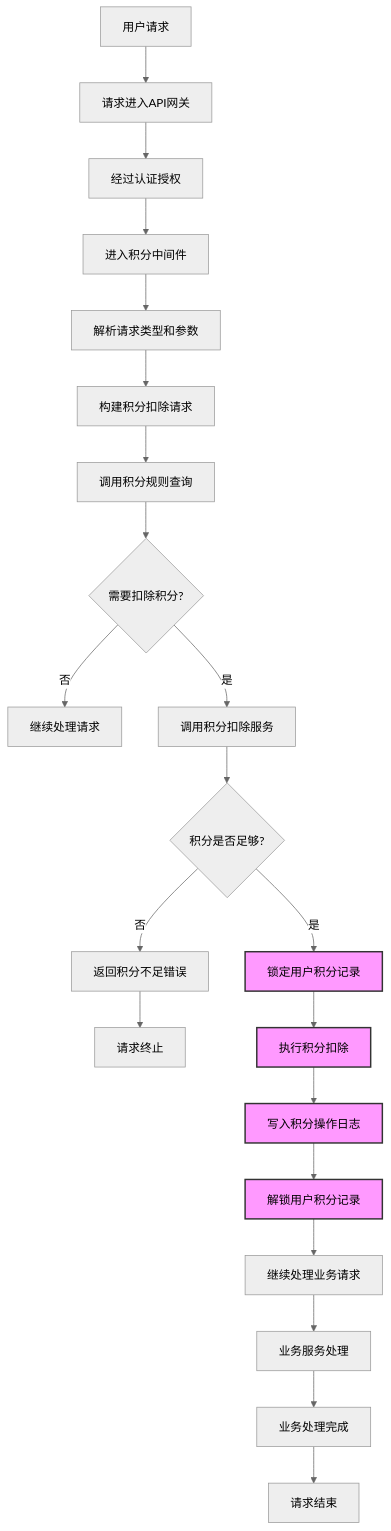
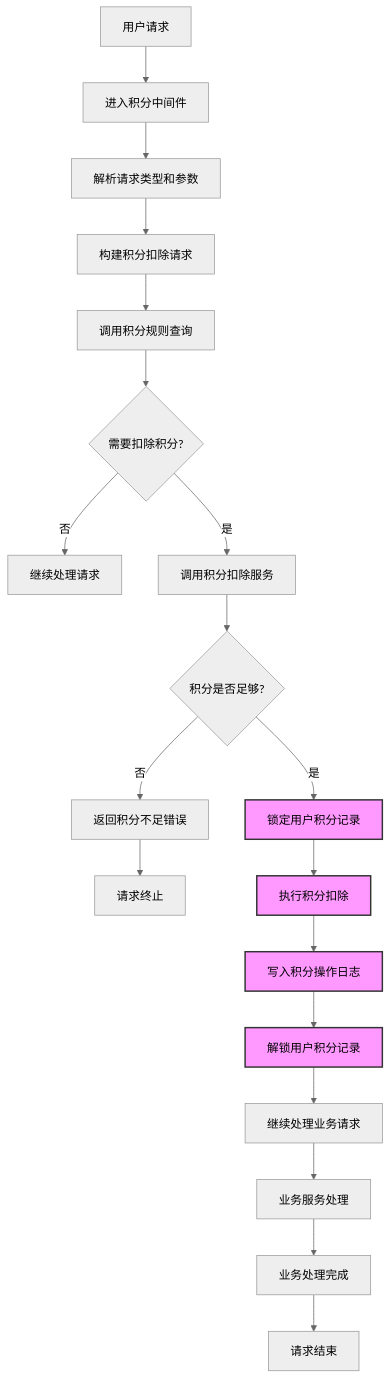
One commit to yingjianzh/iodraw-files changed the diagram in all/未命名-65.md. Above: the diagram before and after it, drawn with Mermaid (neutral theme).

Commit message:
2025-05-22 15:37:08 update

````diff
--- a/all/未命名-65.md
+++ b/all/未命名-65.md
@@ -1,34 +1,32 @@
 ```mermaid
 flowchart TD
-    A[用户请求] --> B[请求进入API网关]
-    B --> C[经过认证授权]
-    C --> D[进入积分中间件]
+    A[用户请求] --> D[进入积分中间件]
     
     D --> E[解析请求类型和参数]
     E --> F[构建积分扣除请求]
     F --> G[调用积分规则查询]
     
     G --> H{需要扣除积分?}
     H -->|否| I[继续处理请求]
     
     H -->|是| J[调用积分扣除服务]
     J --> K{积分是否足够?}
     
     K -->|否| L[返回积分不足错误]
     L --> M[请求终止]
     
     K -->|是| N[锁定用户积分记录]
     N --> O[执行积分扣除]
     O --> P[写入积分操作日志]
     P --> Q[解锁用户积分记录]
     
     Q --> R[继续处理业务请求]
     R --> S[业务服务处理]
     S --> T[业务处理完成]
     T --> U[请求结束]
     
     style N fill:#f9f,stroke:#333,stroke-width:2px
     style O fill:#f9f,stroke:#333,stroke-width:2px
     style P fill:#f9f,stroke:#333,stroke-width:2px
     style Q fill:#f9f,stroke:#333,stroke-width:2px
 ```
````
